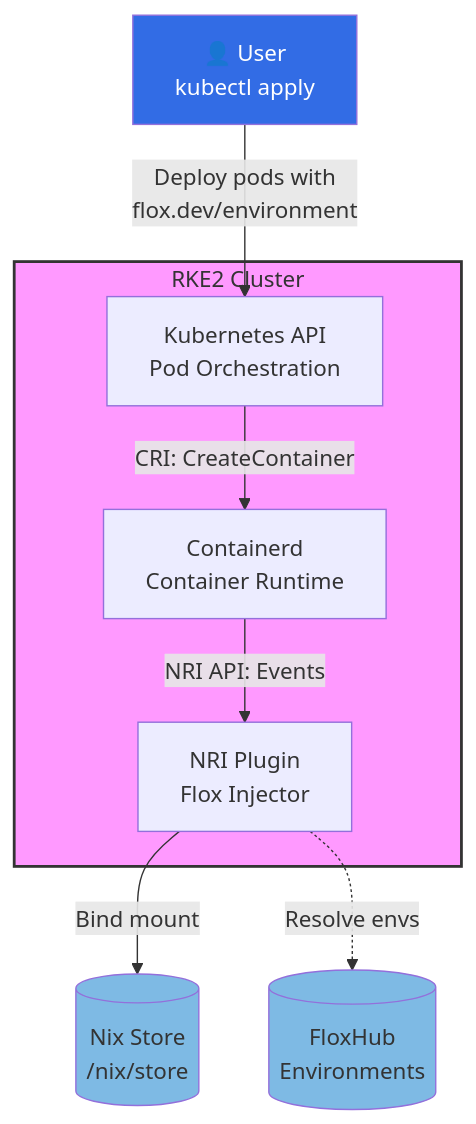
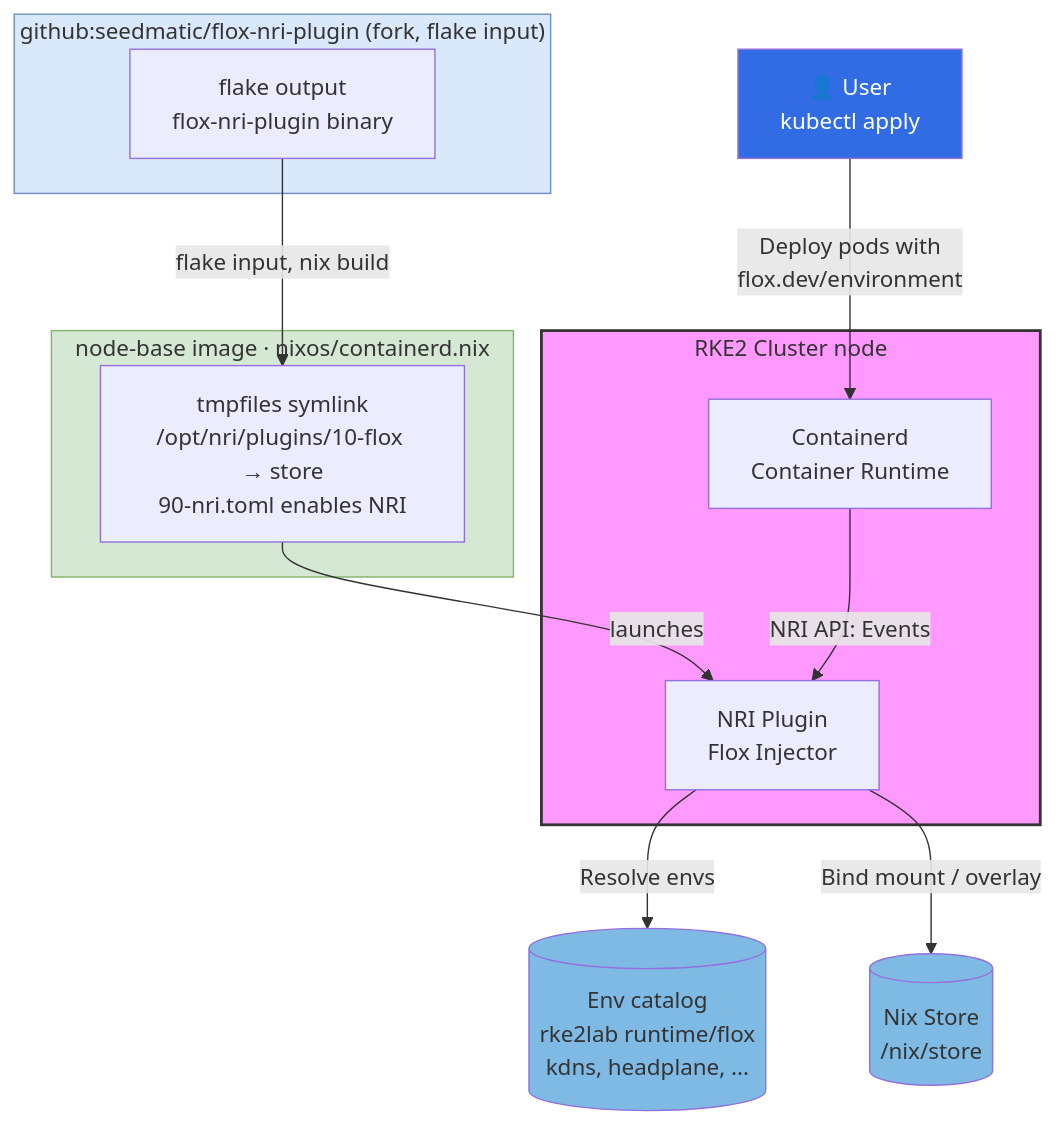
One commit to nxmatic/rke2lab changed the first of 8 diagrams in docs/architecture/nri-plugin-c4-diagrams.adoc. Above: the diagram before and after it, drawn with Mermaid. The commit also changed other lines of this file and 3 other files, not shown here.

First line of the commit message:
docs(flox): align store-resolved runtime + NRI C4 to the NixOS substrate (two-tier)

```diff
--- a/docs/architecture/nri-plugin-c4-diagrams.adoc
+++ b/docs/architecture/nri-plugin-c4-diagrams.adoc
@@ -7,25 +28,35 @@
 [mermaid]
 ....
 flowchart TB
     User[👤 User<br/>kubectl apply]
 
-    subgraph RKE2["RKE2 Cluster"]
-        K8s[Kubernetes API<br/>Pod Orchestration]
+    subgraph Fork["github:seedmatic/flox-nri-plugin (fork, flake input)"]
+        ForkFlake[flake output<br/>flox-nri-plugin binary]
+    end
+
+    subgraph Image["node-base image · nixos/containerd.nix"]
+        Bake[tmpfiles symlink<br/>/opt/nri/plugins/10-flox → store<br/>90-nri.toml enables NRI]
+    end
+
+    subgraph RKE2["RKE2 Cluster node"]
         Containerd[Containerd<br/>Container Runtime]
         NRI[NRI Plugin<br/>Flox Injector]
     end
 
     Nix[(Nix Store<br/>/nix/store)]
-    FloxHub[(FloxHub<br/>Environments)]
+    Catalog[(Env catalog<br/>rke2lab runtime/flox<br/>kdns, headplane, ...)]
 
-    User -->|Deploy pods with<br/>flox.dev/environment| K8s
-    K8s -->|CRI: CreateContainer| Containerd
+    ForkFlake -->|flake input, nix build| Bake
+    Bake -->|launches| NRI
+    User -->|Deploy pods with<br/>flox.dev/environment| Containerd
     Containerd -->|NRI API: Events| NRI
-    NRI -->|Bind mount| Nix
-    NRI -.->|Resolve envs| FloxHub
+    NRI -->|Resolve envs| Catalog
+    NRI -->|Bind mount / overlay| Nix
 
     style User fill:#326ce5,color:#fff
     style RKE2 fill:#f9f,stroke:#333,stroke-width:2px
     style Nix fill:#7ebae4
-    style FloxHub fill:#7ebae4
+    style Catalog fill:#7ebae4
+    style Image fill:#d5e8d4,stroke:#82b366
+    style Fork fill:#dae8fc,stroke:#6c8ebf
 ....
```
